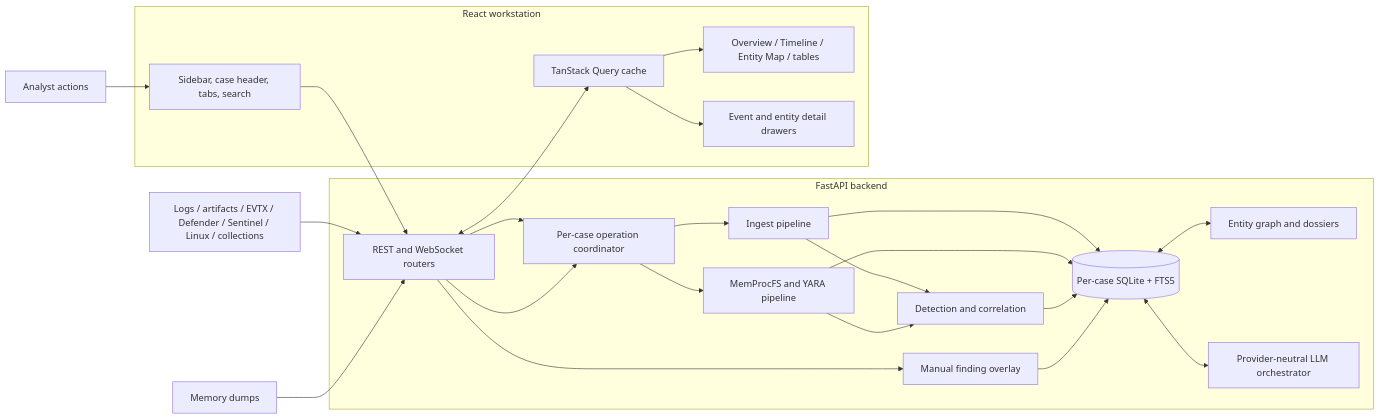
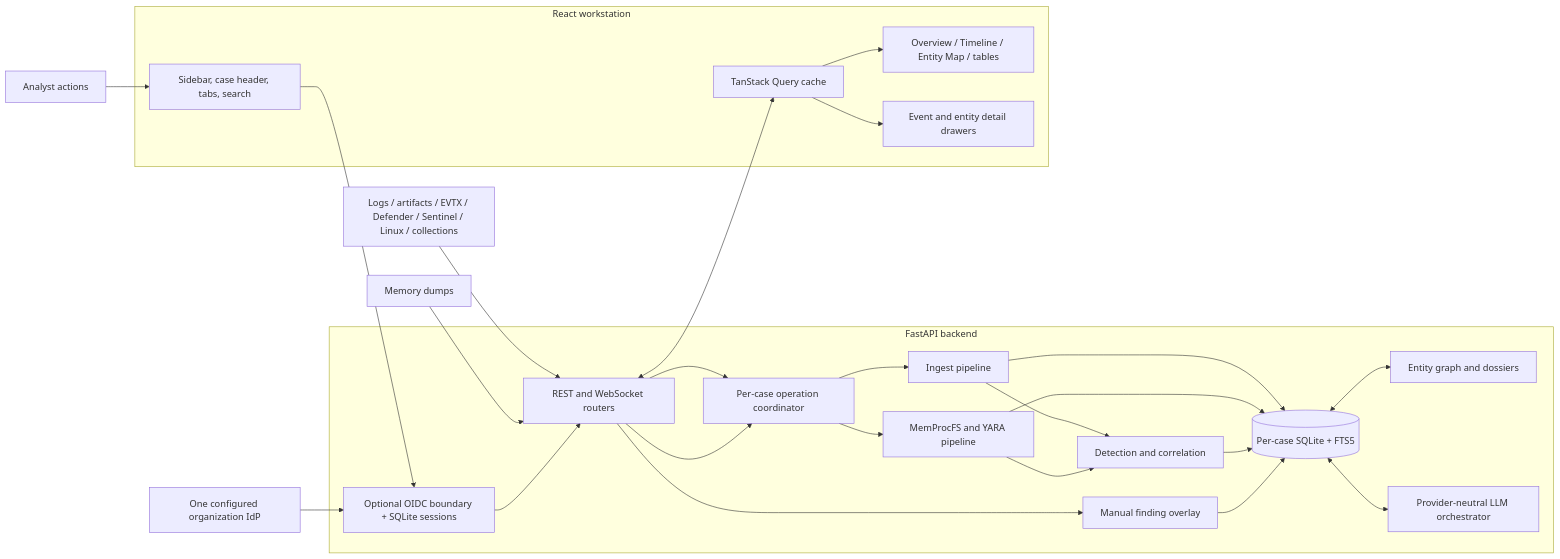
One commit to Telepatya/Investigator changed the first of 2 diagrams in docs/ARCHITECTURE.md. Above: the diagram before and after it, drawn with Mermaid. The commit also changed other lines of this file and 23 other files, not shown here.

Commit message:
Add optional organization OIDC SSO

````diff
--- a/docs/ARCHITECTURE.md
+++ b/docs/ARCHITECTURE.md
@@ -88,37 +88,39 @@
 ```mermaid
 flowchart LR
     EVIDENCE["Logs / artifacts / EVTX / Defender / Sentinel / Linux / collections"]
     MEMORY["Memory dumps"]
     USER["Analyst actions"]
 
     subgraph BACKEND["FastAPI backend"]
+        AUTH["Optional OIDC boundary + SQLite sessions"]
         API["REST and WebSocket routers"]
         OPS["Per-case operation coordinator"]
         INGEST["Ingest pipeline"]
         MEM["MemProcFS and YARA pipeline"]
         DETECT["Detection and correlation"]
         MANUAL["Manual finding overlay"]
         GRAPH["Entity graph and dossiers"]
         LLM["Provider-neutral LLM orchestrator"]
         DB[("Per-case SQLite + FTS5")]
     end
 
     subgraph FRONTEND["React workstation"]
         SHELL["Sidebar, case header, tabs, search"]
         QUERY["TanStack Query cache"]
         VIEWS["Overview / Timeline / Entity Map / tables"]
         DRAWERS["Event and entity detail drawers"]
     end
 
     EVIDENCE --> API --> OPS --> INGEST --> DB
     MEMORY --> API --> OPS --> MEM --> DB
     INGEST --> DETECT --> DB
     MEM --> DETECT
-    USER --> SHELL --> API
+    USER --> SHELL --> AUTH --> API
+    IDP["One configured organization IdP"] --> AUTH
     API --> MANUAL --> DB
     DB <--> GRAPH
     DB <--> LLM
     API <--> QUERY
     QUERY --> VIEWS
     QUERY --> DRAWERS
 ```
````
